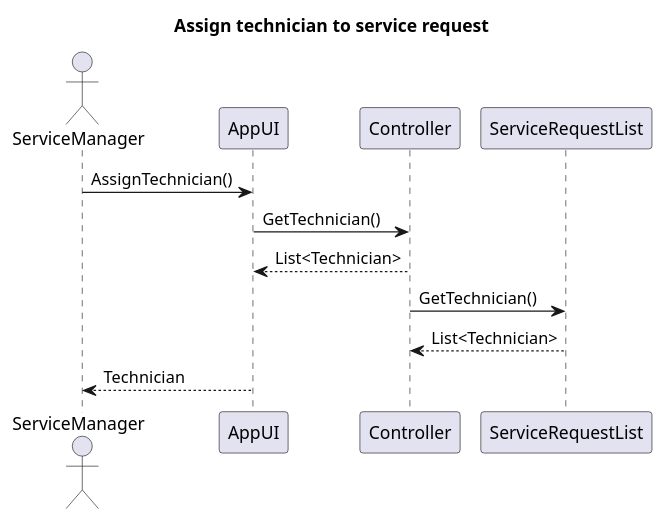
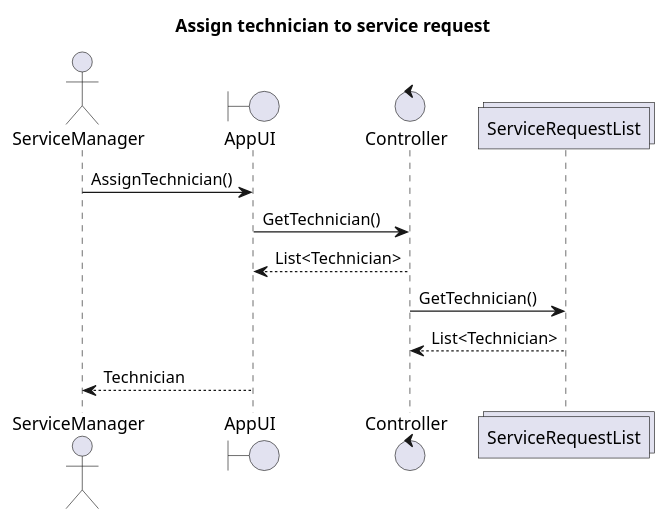
One commit to WLun001/service-request-app changed the diagram in UML/SequenceDiagram/AssignTechnician.puml. Above: the diagram before and after it, drawn with PlantUML. The commit also changed 4 other files, not shown here.

Commit message:
Added initial sequence diagrams

```diff
--- a/UML/SequenceDiagram/AssignTechnician.puml
+++ b/UML/SequenceDiagram/AssignTechnician.puml
@@ -1,24 +1,27 @@
 @startuml
 title Assign technician to service request
 Actor ServiceManager
+Boundary AppUI
+Control Controller
+Collections ServiceRequestList
 ServiceManager -> AppUI: AssignTechnician()
 
 AppUI -> Controller: GetTechnician()
 AppUI <-- Controller: List<Technician>
 Controller -> ServiceRequestList: GetTechnician()
 Controller <-- ServiceRequestList: List<Technician>
 'loop not found
 '    AppUI -> Controller : searchServiceRequest(requestId)
 '    AppController -> ServiceRequestList : search(requestId)
 '    alt request found
 '        ServiceRequestList --> Controller : request
 '        Controller --> AppUI : success
 '    else request not found
 '        ServiceRequestList --> Controller : Error("Service request not found")
 '        Controller --> AppUI : error
 '    end
 'end
 ServiceManager <-- AppUI: Technician
 
 
 @enduml
```
